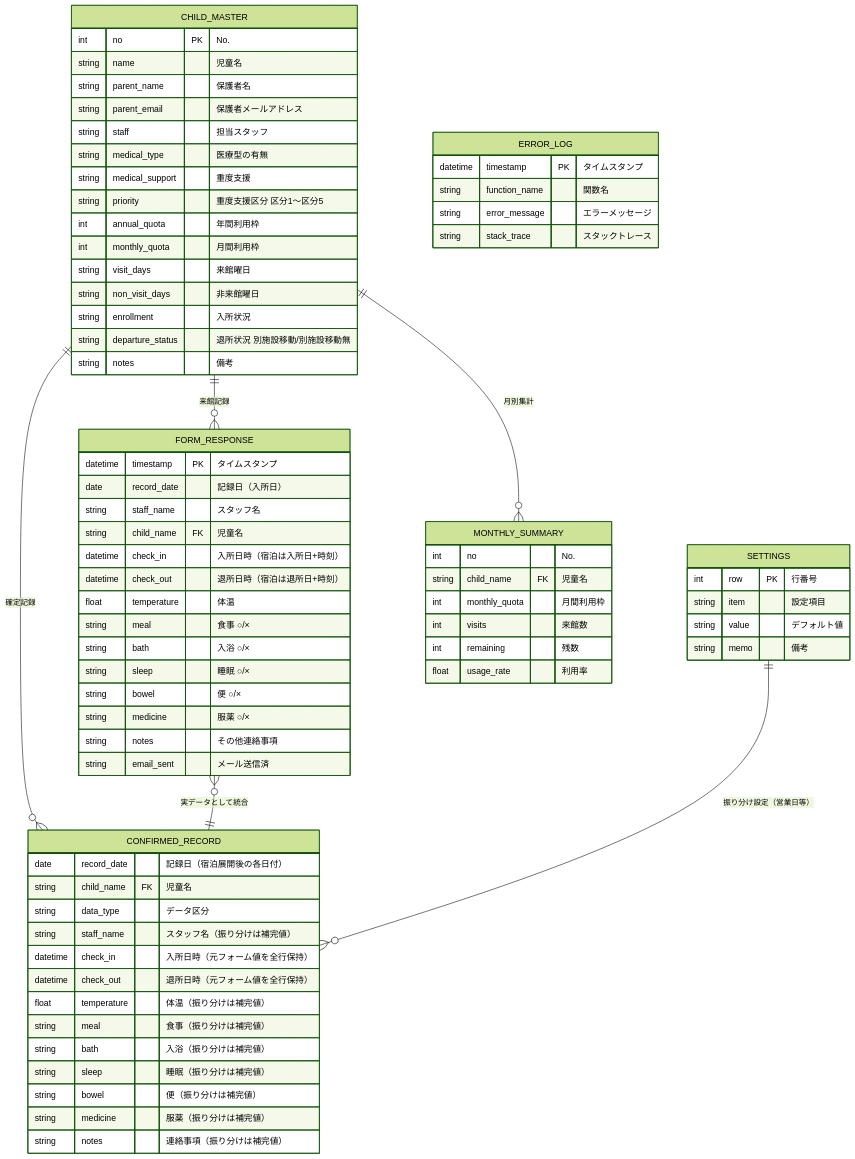
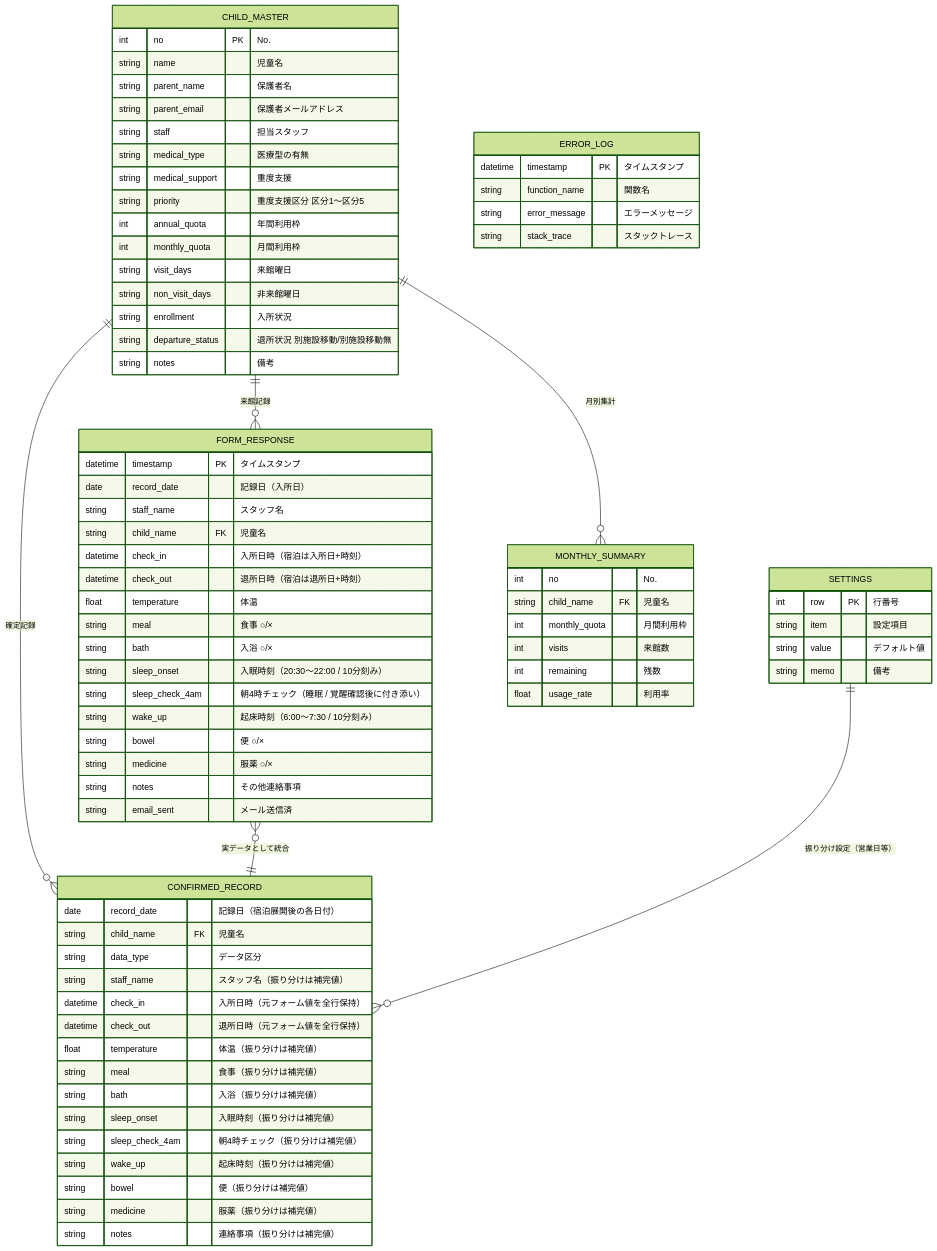
One commit to Tatetsu/oen-yorimado changed the diagram in docs/er-diagram.md. Above: the diagram before and after it, drawn with Mermaid (forest theme). The commit also changed other lines of this file and 22 other files, not shown here.

First line of the commit message:
睡眠項目を3項目化(入眠時刻/朝4時チェック/起床時刻)・記録日廃止しタイムスタンプ起点に変更

```diff
--- a/docs/er-diagram.md
+++ b/docs/er-diagram.md
@@ -39,7 +39,9 @@
         float temperature "体温"
         string meal "食事 ○/×"
         string bath "入浴 ○/×"
-        string sleep "睡眠 ○/×"
+        string sleep_onset "入眠時刻（20:30〜22:00 / 10分刻み）"
+        string sleep_check_4am "朝4時チェック（睡眠 / 覚醒確認後に付き添い）"
+        string wake_up "起床時刻（6:00〜7:30 / 10分刻み）"
         string bowel "便 ○/×"
         string medicine "服薬 ○/×"
         string notes "その他連絡事項"
@@ -63,7 +65,9 @@
         float temperature "体温（振り分けは補完値）"
         string meal "食事（振り分けは補完値）"
         string bath "入浴（振り分けは補完値）"
-        string sleep "睡眠（振り分けは補完値）"
+        string sleep_onset "入眠時刻（振り分けは補完値）"
+        string sleep_check_4am "朝4時チェック（振り分けは補完値）"
+        string wake_up "起床時刻（振り分けは補完値）"
         string bowel "便（振り分けは補完値）"
         string medicine "服薬（振り分けは補完値）"
         string notes "連絡事項（振り分けは補完値）"
```
